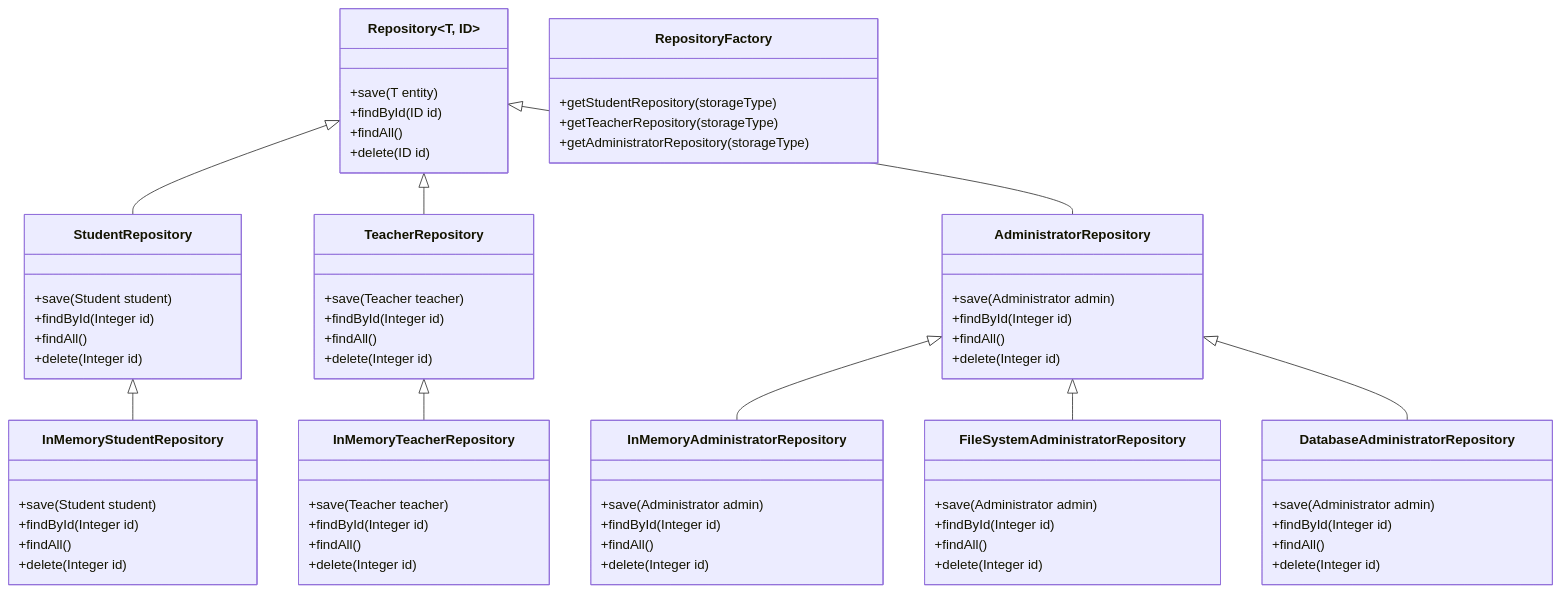
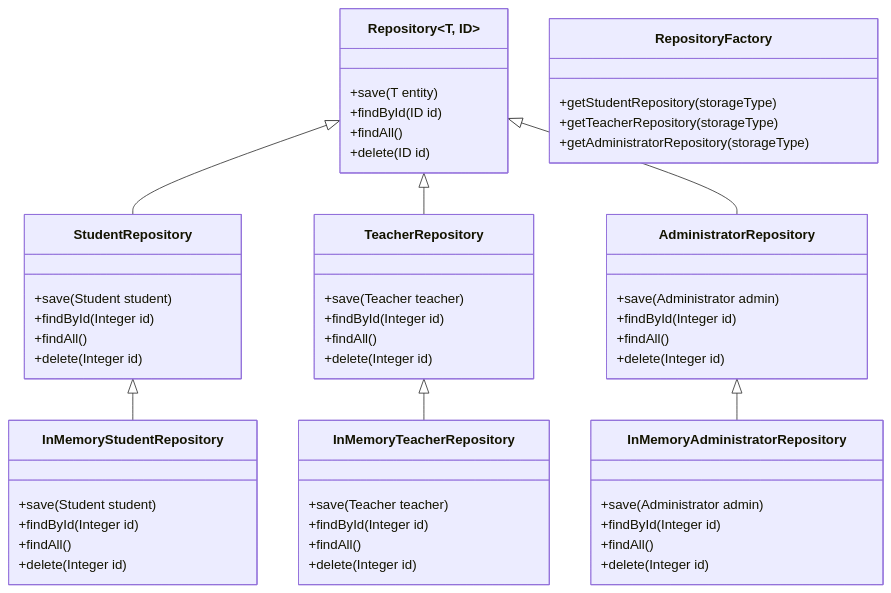
One commit to Dimitri-Ferus-216058570/ElectronicAttendanceSystem changed the second of 2 diagrams in DOMAIN_MODEL_DOCS/DOMAIN_MODEL_DOCUMENTATION.MD. Above: the diagram before and after it, drawn with Mermaid.

````diff
--- a/DOMAIN_MODEL_DOCS/DOMAIN_MODEL_DOCUMENTATION.MD
+++ b/DOMAIN_MODEL_DOCS/DOMAIN_MODEL_DOCUMENTATION.MD
@@ -116,82 +116,66 @@
 ```mermaid
 classDiagram
 
 class Repository~T, ID~ {
     +save(T entity)
     +findById(ID id)
     +findAll()
     +delete(ID id)
 }
 
 class StudentRepository {
     +save(Student student)
     +findById(Integer id)
     +findAll()
     +delete(Integer id)
 }
 
 class TeacherRepository {
     +save(Teacher teacher)
     +findById(Integer id)
     +findAll()
     +delete(Integer id)
 }
 
 class AdministratorRepository {
     +save(Administrator admin)
     +findById(Integer id)
     +findAll()
     +delete(Integer id)
 }
 
 class InMemoryStudentRepository {
     +save(Student student)
     +findById(Integer id)
     +findAll()
     +delete(Integer id)
 }
 
 class InMemoryTeacherRepository {
     +save(Teacher teacher)
     +findById(Integer id)
     +findAll()
     +delete(Integer id)
 }
 
 class InMemoryAdministratorRepository {
     +save(Administrator admin)
     +findById(Integer id)
     +findAll()
     +delete(Integer id)
 }
 
-class FileSystemAdministratorRepository {
-    +save(Administrator admin)
-    +findById(Integer id)
-    +findAll()
-    +delete(Integer id)
-}
-
-class DatabaseAdministratorRepository {
-    +save(Administrator admin)
-    +findById(Integer id)
-    +findAll()
-    +delete(Integer id)
-}
-
 class RepositoryFactory {
     +getStudentRepository(storageType)
     +getTeacherRepository(storageType)
     +getAdministratorRepository(storageType)
 }
 
 Repository~T, ID~ <|-- StudentRepository
 Repository~T, ID~ <|-- TeacherRepository
 Repository~T, ID~ <|-- AdministratorRepository
 
 StudentRepository <|-- InMemoryStudentRepository
 TeacherRepository <|-- InMemoryTeacherRepository
 AdministratorRepository <|-- InMemoryAdministratorRepository
-AdministratorRepository <|-- FileSystemAdministratorRepository
-AdministratorRepository <|-- DatabaseAdministratorRepository
 ```
````
